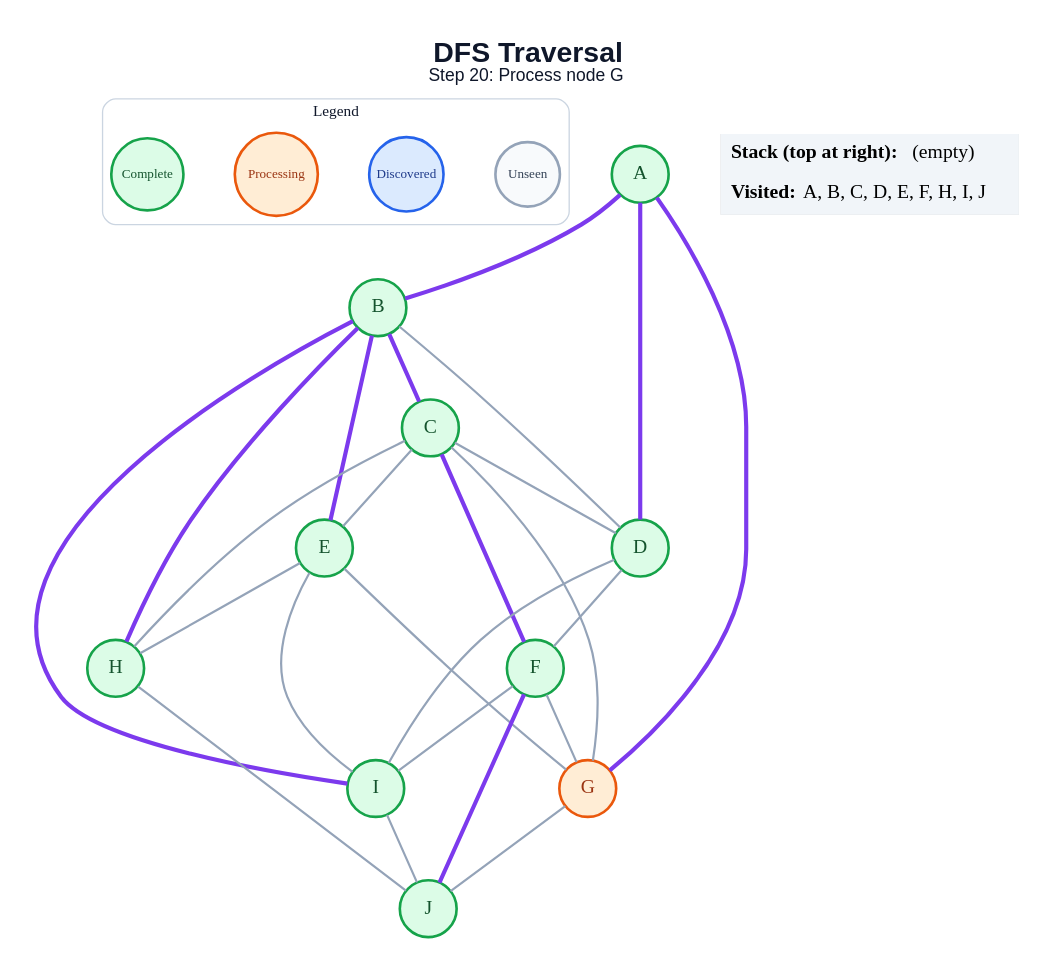
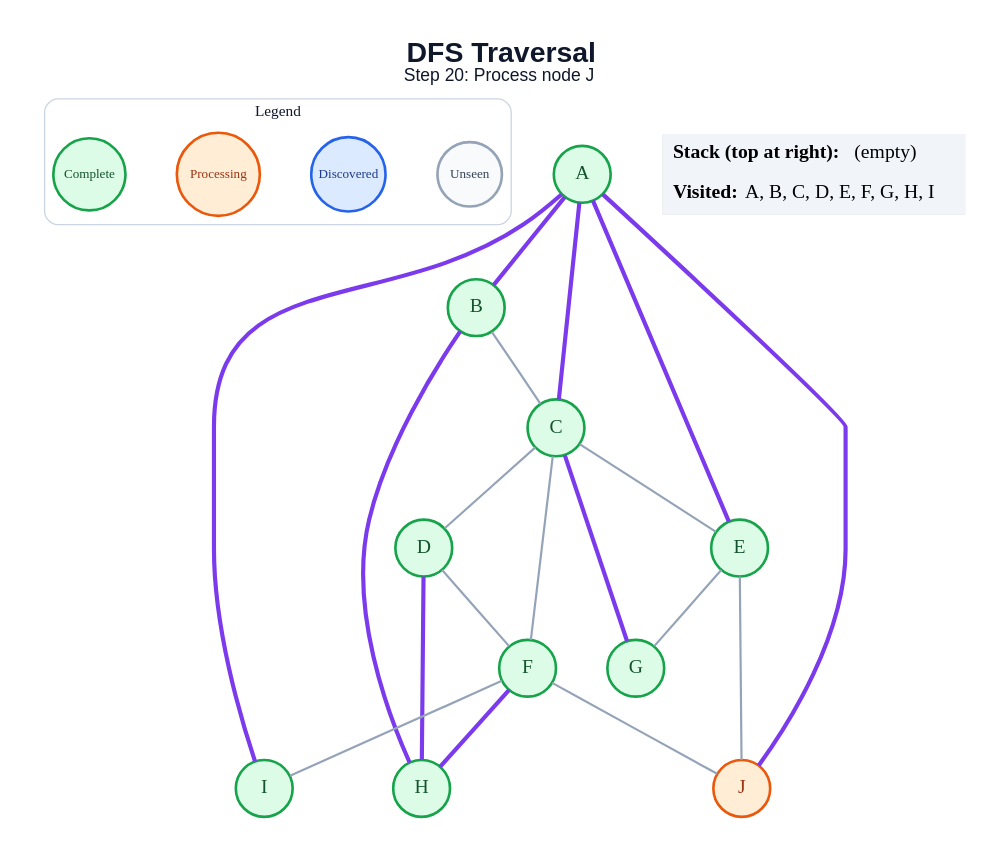
Before and after one commit to amanghodawala9/ai-slop: the diagram in generated/dfs/step_20.dot, drawn with Graphviz. The commit also changed 178 other files, not shown here.

```diff
--- a/generated/dfs/step_20.dot
+++ b/generated/dfs/step_20.dot
@@ -1,53 +1,47 @@
 graph traversal {
   graph [layout=dot, rankdir=TB, bgcolor="#FFFFFF", pad="0.35", nodesep="0.65", ranksep="0.8", fontname="Arial"];
   node [shape=circle, style="filled", fontname="Arial Bold", fontsize=18, width=0.72, fixedsize=true, penwidth=2.4];
   edge [color="#94A3B8", penwidth=2.0];
-  label=<<B>DFS Traversal</B><BR/><FONT POINT-SIZE="16">Step 20: Process node G</FONT>>; labelloc="t"; fontsize=26; fontname="Arial"; fontcolor="#0F172A";
+  label=<<B>DFS Traversal</B><BR/><FONT POINT-SIZE="16">Step 20: Process node J</FONT>>; labelloc="t"; fontsize=26; fontname="Arial"; fontcolor="#0F172A";
   subgraph cluster_legend { label="Legend"; color="#CBD5E1"; penwidth=1.2; style="rounded"; fontsize=14; fontname="Arial Bold";
     key_unseen [label="Unseen", fillcolor="#F8FAFC", color="#94A3B8", fontcolor="#334155", fontsize=12, width=0.82];
     key_frontier [label="Discovered", fillcolor="#DBEAFE", color="#2563EB", fontcolor="#1E3A8A", fontsize=12, width=0.95];
     key_current [label="Processing", fillcolor="#FFEDD5", color="#EA580C", fontcolor="#9A3412", fontsize=12, width=1.05];
     key_done [label="Complete", fillcolor="#DCFCE7", color="#16A34A", fontcolor="#14532D", fontsize=12, width=0.92];
     { rank=same; key_unseen; key_frontier; key_current; key_done; }
   }
   A [fillcolor="#DCFCE7", color="#16A34A", fontcolor="#14532D"];
   B [fillcolor="#DCFCE7", color="#16A34A", fontcolor="#14532D"];
   C [fillcolor="#DCFCE7", color="#16A34A", fontcolor="#14532D"];
   D [fillcolor="#DCFCE7", color="#16A34A", fontcolor="#14532D"];
   E [fillcolor="#DCFCE7", color="#16A34A", fontcolor="#14532D"];
   F [fillcolor="#DCFCE7", color="#16A34A", fontcolor="#14532D"];
-  G [fillcolor="#FFEDD5", color="#EA580C", fontcolor="#9A3412"];
+  G [fillcolor="#DCFCE7", color="#16A34A", fontcolor="#14532D"];
   H [fillcolor="#DCFCE7", color="#16A34A", fontcolor="#14532D"];
   I [fillcolor="#DCFCE7", color="#16A34A", fontcolor="#14532D"];
-  J [fillcolor="#DCFCE7", color="#16A34A", fontcolor="#14532D"];
+  J [fillcolor="#FFEDD5", color="#EA580C", fontcolor="#9A3412"];
   A -- B [color="#7C3AED", penwidth=3.8];
-  A -- D [color="#7C3AED", penwidth=3.8];
-  A -- G [color="#7C3AED", penwidth=3.8];
-  B -- C [color="#7C3AED", penwidth=3.8];
-  B -- D;
-  B -- E [color="#7C3AED", penwidth=3.8];
+  A -- C [color="#7C3AED", penwidth=3.8];
+  A -- E [color="#7C3AED", penwidth=3.8];
+  A -- I [color="#7C3AED", penwidth=3.8];
+  A -- J [color="#7C3AED", penwidth=3.8];
+  B -- C;
   B -- H [color="#7C3AED", penwidth=3.8];
-  B -- I [color="#7C3AED", penwidth=3.8];
   C -- D;
   C -- E;
-  C -- F [color="#7C3AED", penwidth=3.8];
-  C -- G;
-  C -- H;
+  C -- F;
+  C -- G [color="#7C3AED", penwidth=3.8];
   D -- F;
-  D -- I;
+  D -- H [color="#7C3AED", penwidth=3.8];
   E -- G;
-  E -- H;
-  E -- I;
-  F -- G;
+  E -- J;
+  F -- H [color="#7C3AED", penwidth=3.8];
   F -- I;
-  F -- J [color="#7C3AED", penwidth=3.8];
-  G -- J;
-  H -- J;
-  I -- J;
+  F -- J;
   status [shape=plain, fixedsize=false, width=0, height=0, margin=0, label=<
     <TABLE BORDER="0" CELLBORDER="0" CELLPADDING="7" BGCOLOR="#F1F5F9">
       <TR><TD ALIGN="LEFT"><B>Stack (top at right):</B> (empty)</TD></TR>
-      <TR><TD ALIGN="LEFT"><B>Visited:</B> A, B, C, D, E, F, H, I, J</TD></TR>
+      <TR><TD ALIGN="LEFT"><B>Visited:</B> A, B, C, D, E, F, G, H, I</TD></TR>
     </TABLE>
   >];
 }
```
